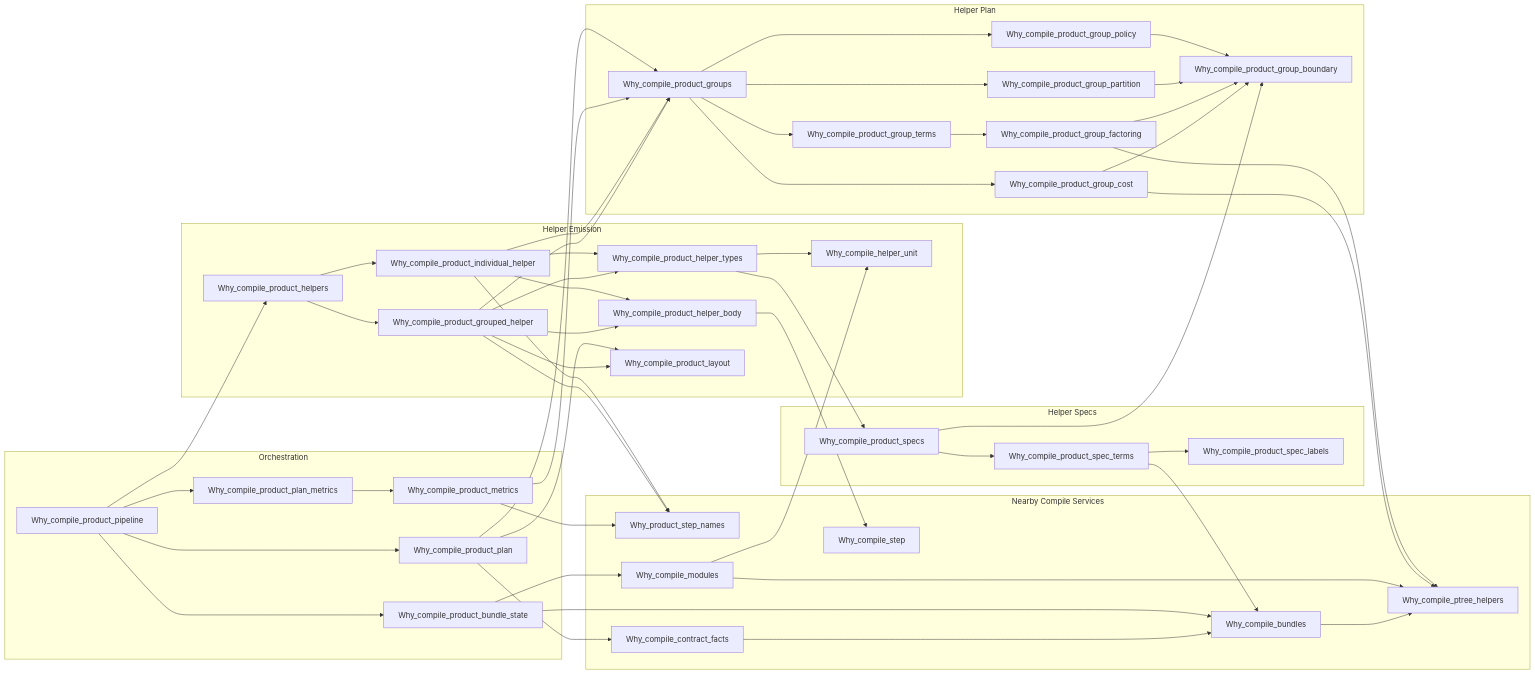
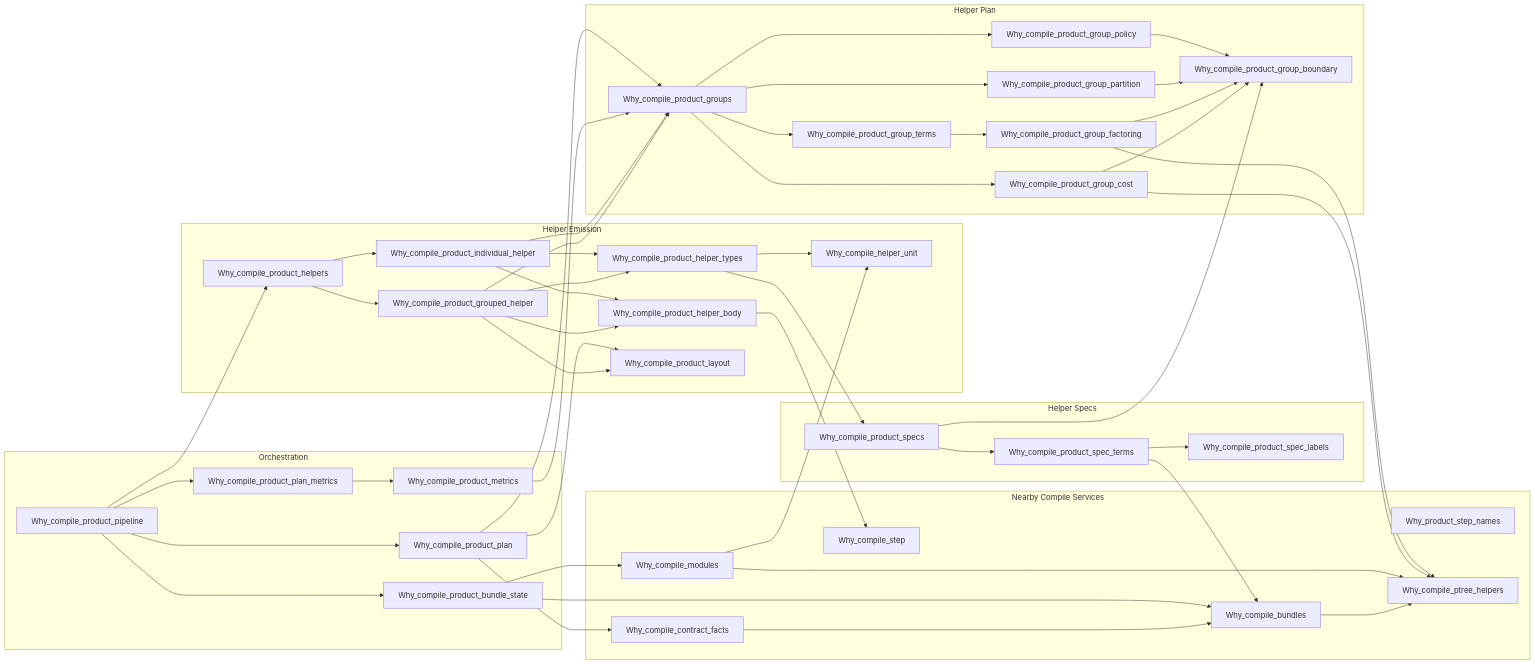
One commit to DabrowskiFr/Kairos changed the diagram in docs/architecture/observed/why3-product-backend.mmd. Above: the diagram before and after it, drawn with Mermaid. The commit also changed 60 other files, not shown here.

```diff
--- a/docs/architecture/observed/why3-product-backend.mmd
+++ b/docs/architecture/observed/why3-product-backend.mmd
@@ -1,86 +1,83 @@
 flowchart LR
   %% Observed dependencies from odep. Arrow means "depends on".
   subgraph Orchestration["Orchestration"]
     Why_compile_product_pipeline["Why_compile_product_pipeline"]
     Why_compile_product_bundle_state["Why_compile_product_bundle_state"]
     Why_compile_product_plan["Why_compile_product_plan"]
     Why_compile_product_plan_metrics["Why_compile_product_plan_metrics"]
     Why_compile_product_metrics["Why_compile_product_metrics"]
   end
   subgraph Helper_Plan["Helper Plan"]
     Why_compile_product_groups["Why_compile_product_groups"]
     Why_compile_product_group_partition["Why_compile_product_group_partition"]
     Why_compile_product_group_policy["Why_compile_product_group_policy"]
     Why_compile_product_group_terms["Why_compile_product_group_terms"]
     Why_compile_product_group_factoring["Why_compile_product_group_factoring"]
     Why_compile_product_group_cost["Why_compile_product_group_cost"]
     Why_compile_product_group_boundary["Why_compile_product_group_boundary"]
   end
   subgraph Helper_Specs["Helper Specs"]
     Why_compile_product_specs["Why_compile_product_specs"]
     Why_compile_product_spec_terms["Why_compile_product_spec_terms"]
     Why_compile_product_spec_labels["Why_compile_product_spec_labels"]
   end
   subgraph Helper_Emission["Helper Emission"]
     Why_compile_product_helpers["Why_compile_product_helpers"]
     Why_compile_product_individual_helper["Why_compile_product_individual_helper"]
     Why_compile_product_grouped_helper["Why_compile_product_grouped_helper"]
     Why_compile_helper_unit["Why_compile_helper_unit"]
     Why_compile_product_helper_types["Why_compile_product_helper_types"]
     Why_compile_product_helper_body["Why_compile_product_helper_body"]
     Why_compile_product_layout["Why_compile_product_layout"]
   end
   subgraph Nearby_Compile_Services["Nearby Compile Services"]
     Why_product_step_names["Why_product_step_names"]
     Why_compile_contract_facts["Why_compile_contract_facts"]
     Why_compile_step["Why_compile_step"]
     Why_compile_bundles["Why_compile_bundles"]
     Why_compile_modules["Why_compile_modules"]
     Why_compile_ptree_helpers["Why_compile_ptree_helpers"]
   end
 
   Why_compile_bundles --> Why_compile_ptree_helpers
   Why_compile_contract_facts --> Why_compile_bundles
   Why_compile_modules --> Why_compile_helper_unit
   Why_compile_modules --> Why_compile_ptree_helpers
   Why_compile_product_bundle_state --> Why_compile_bundles
   Why_compile_product_bundle_state --> Why_compile_modules
   Why_compile_product_group_cost --> Why_compile_product_group_boundary
   Why_compile_product_group_cost --> Why_compile_ptree_helpers
   Why_compile_product_group_factoring --> Why_compile_product_group_boundary
   Why_compile_product_group_factoring --> Why_compile_ptree_helpers
   Why_compile_product_group_partition --> Why_compile_product_group_boundary
   Why_compile_product_group_policy --> Why_compile_product_group_boundary
   Why_compile_product_group_terms --> Why_compile_product_group_factoring
   Why_compile_product_grouped_helper --> Why_compile_product_groups
   Why_compile_product_grouped_helper --> Why_compile_product_helper_body
   Why_compile_product_grouped_helper --> Why_compile_product_helper_types
   Why_compile_product_grouped_helper --> Why_compile_product_layout
-  Why_compile_product_grouped_helper --> Why_product_step_names
   Why_compile_product_groups --> Why_compile_product_group_cost
   Why_compile_product_groups --> Why_compile_product_group_partition
   Why_compile_product_groups --> Why_compile_product_group_policy
   Why_compile_product_groups --> Why_compile_product_group_terms
   Why_compile_product_helper_body --> Why_compile_step
   Why_compile_product_helper_types --> Why_compile_helper_unit
   Why_compile_product_helper_types --> Why_compile_product_specs
   Why_compile_product_helpers --> Why_compile_product_grouped_helper
   Why_compile_product_helpers --> Why_compile_product_individual_helper
   Why_compile_product_individual_helper --> Why_compile_product_groups
   Why_compile_product_individual_helper --> Why_compile_product_helper_body
   Why_compile_product_individual_helper --> Why_compile_product_helper_types
-  Why_compile_product_individual_helper --> Why_product_step_names
   Why_compile_product_metrics --> Why_compile_product_groups
-  Why_compile_product_metrics --> Why_product_step_names
   Why_compile_product_pipeline --> Why_compile_product_bundle_state
   Why_compile_product_pipeline --> Why_compile_product_helpers
   Why_compile_product_pipeline --> Why_compile_product_plan
   Why_compile_product_pipeline --> Why_compile_product_plan_metrics
   Why_compile_product_plan --> Why_compile_contract_facts
   Why_compile_product_plan --> Why_compile_product_groups
   Why_compile_product_plan --> Why_compile_product_layout
   Why_compile_product_plan_metrics --> Why_compile_product_metrics
   Why_compile_product_spec_terms --> Why_compile_bundles
   Why_compile_product_spec_terms --> Why_compile_product_spec_labels
   Why_compile_product_specs --> Why_compile_product_group_boundary
   Why_compile_product_specs --> Why_compile_product_spec_terms
```
